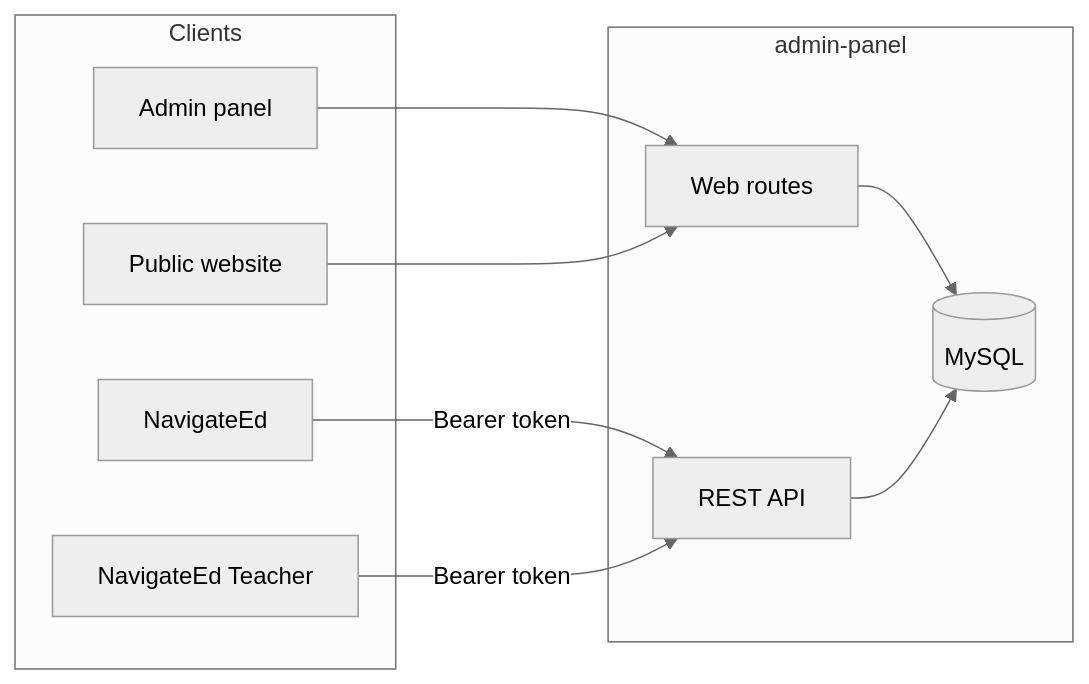
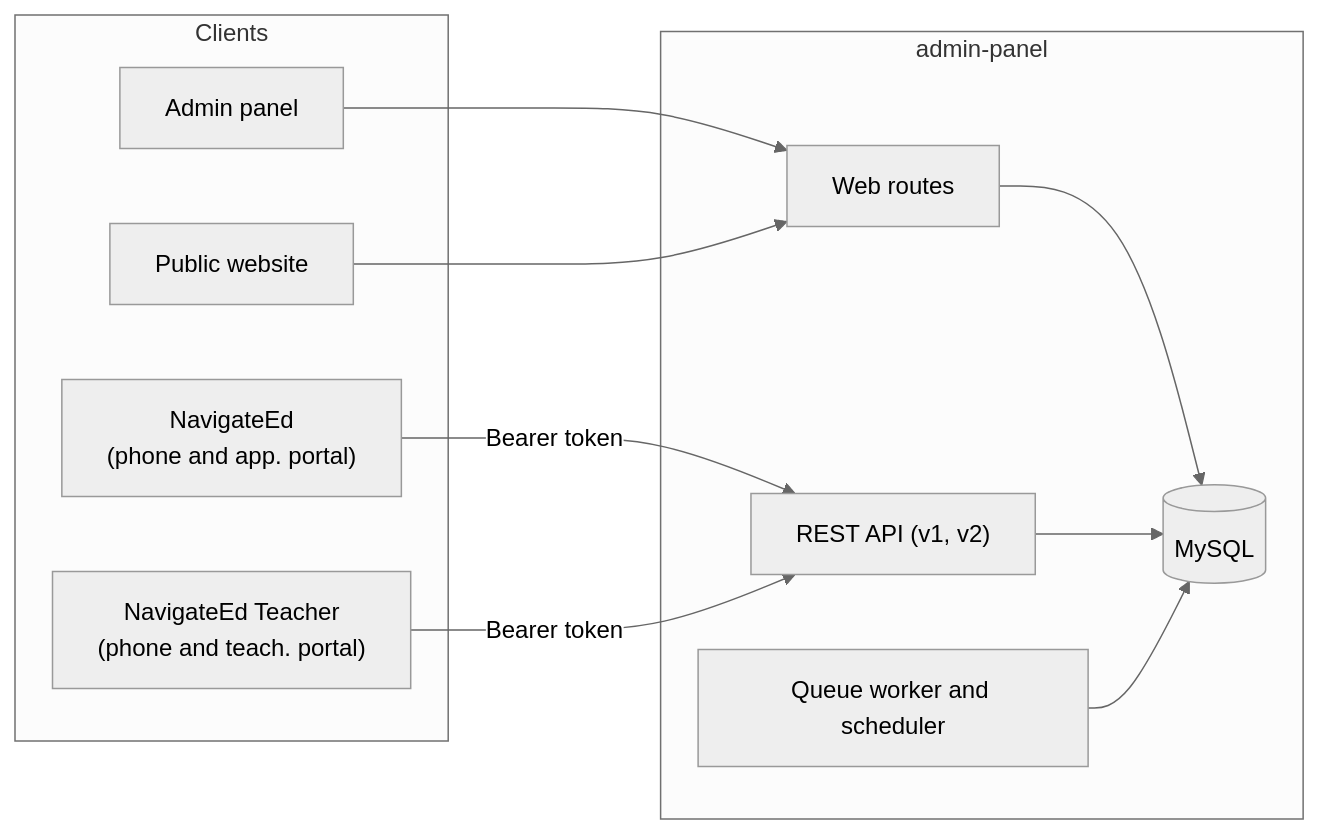
One commit to ShawnDaPrawn/Eschool changed the diagram in README.md. Above: the diagram before and after it, drawn with Mermaid (neutral theme). The commit also changed other lines of this file and 16 other files, not shown here.

````diff
--- a/README.md
+++ b/README.md
@@ -13,20 +13,22 @@
 ```mermaid
 flowchart LR
     subgraph Clients
         A["Admin panel"]
         W["Public website"]
-        S["NavigateEd"]
-        T["NavigateEd Teacher"]
+        S["NavigateEd<br/>(phone and app. portal)"]
+        T["NavigateEd Teacher<br/>(phone and teach. portal)"]
     end
     subgraph Server["admin-panel"]
         WEB["Web routes"]
-        API["REST API"]
+        API["REST API (v1, v2)"]
+        Q["Queue worker and scheduler"]
         DB[("MySQL")]
     end
     A --> WEB
     W --> WEB
     S -->|Bearer token| API
     T -->|Bearer token| API
     WEB --> DB
     API --> DB
+    Q --> DB
 ```
````
